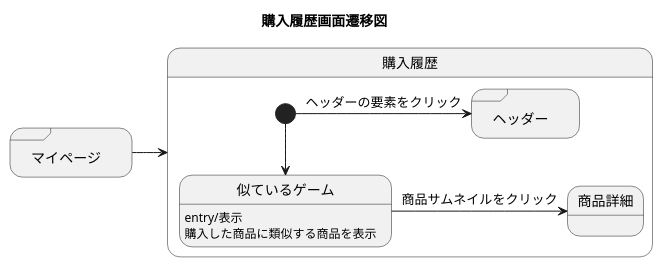
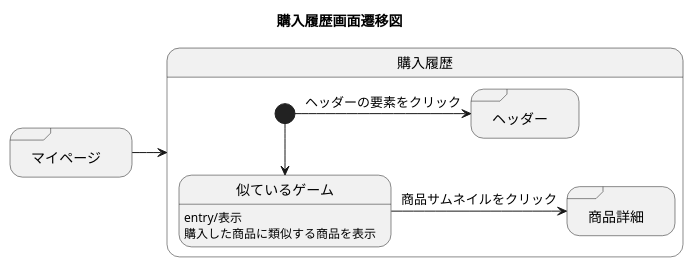
Before and after one commit to akutori/T-D-E: the diagram in 購入履歴.md, drawn with PlantUML.

Commit message:
修正

````diff
--- a/購入履歴.md
+++ b/購入履歴.md
@@ -1,17 +1,18 @@
 ```uml
 @startuml
 title 購入履歴画面遷移図
 state "マイページ" as mypage <<sdlreceive>>
 mypage -> 購入履歴
 state 購入履歴{
     state "ヘッダー" as headder<<sdlreceive>>
+    state "商品詳細" as goodsdetail<<sdlreceive>>
     state 似ているゲーム:entry/表示
     state 似ているゲーム:購入した商品に類似する商品を表示
     [*]->headder :ヘッダーの要素をクリック
     [*]-->似ているゲーム
-    似ているゲーム->商品詳細 : 商品サムネイルをクリック
+    似ているゲーム->goodsdetail : 商品サムネイルをクリック
 }
 
 
 @enduml
 ```
````
